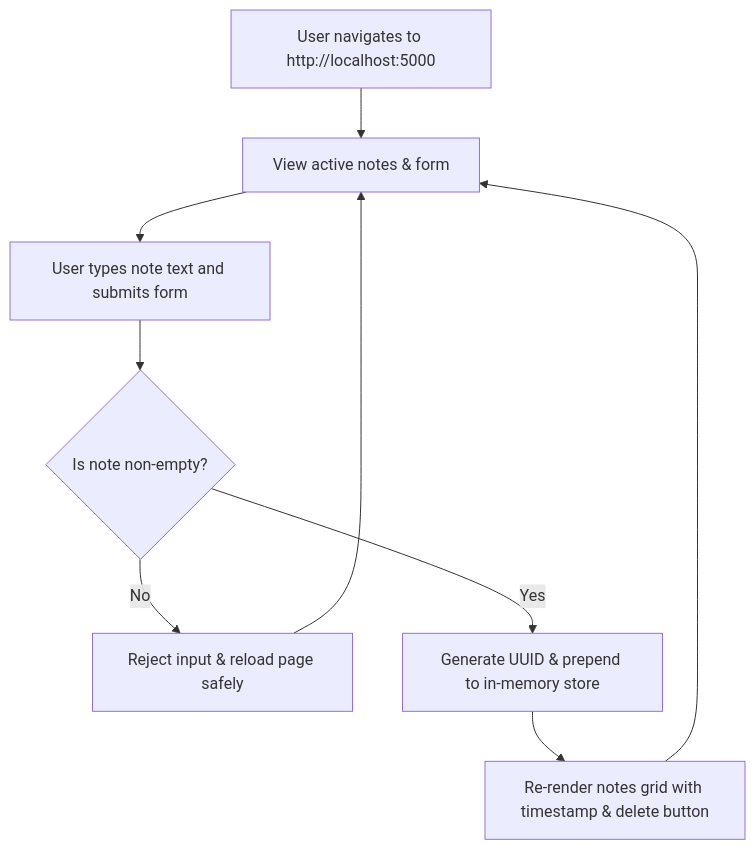
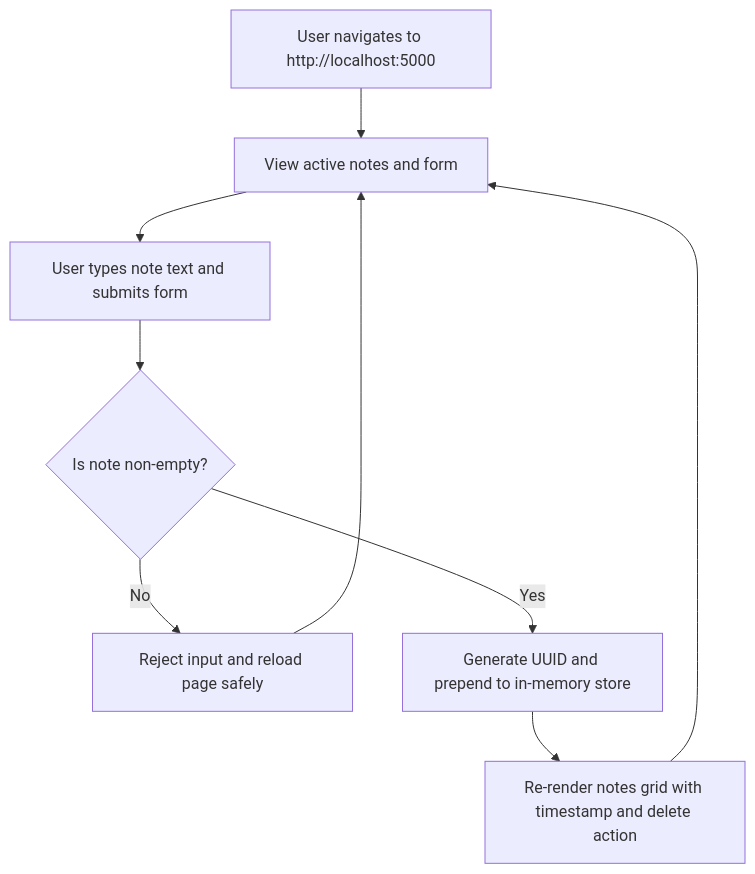
The third of 7 diagrams in README.md (Siddhantshukla1657/SecureNotes_Devops_Miniproject), drawn with Mermaid before and after one commit. The commit also changed other lines of this file and 1 other file, not shown here.

Commit message:
docs: update README with valid Mermaid syntax and ignore generated coverage.xml

````diff
--- a/README.md
+++ b/README.md
@@ -98,11 +98,11 @@
 ```mermaid
 flowchart TD
-    Start["User navigates to http://localhost:5000"] --> View["View active notes & form"]
+    Start["User navigates to http://localhost:5000"] --> View["View active notes and form"]
     View --> Input["User types note text and submits form"]
     Input --> Valid{"Is note non-empty?"}
-    Valid -->|No| Reject["Reject input & reload page safely"]
-    Valid -->|Yes| Store["Generate UUID & prepend to in-memory store"]
-    Store --> Render["Re-render notes grid with timestamp & delete button"]
+    Valid -->|No| Reject["Reject input and reload page safely"]
+    Valid -->|Yes| Store["Generate UUID and prepend to in-memory store"]
+    Store --> Render["Re-render notes grid with timestamp and delete action"]
     Reject --> View
     Render --> View
 ```
````
